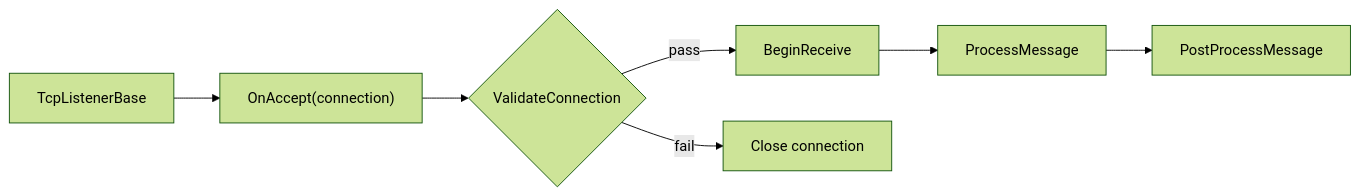
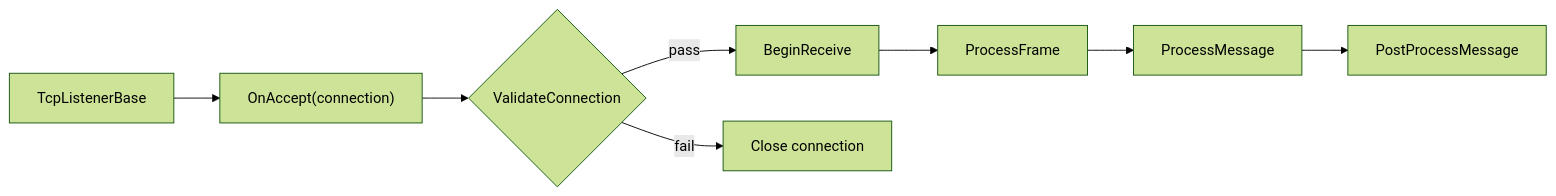
Before and after one commit to ppn-systems/Nalix: the diagram in docs/api/network/protocol.md, drawn with Mermaid (forest theme). The commit also changed other lines of this file and 157 other files, not shown here.

````diff
--- a/docs/api/network/protocol.md
+++ b/docs/api/network/protocol.md
@@ -11,9 +11,10 @@
 ```mermaid
 flowchart LR
     A["TcpListenerBase"] --> B["OnAccept(connection)"]
     B --> C{"ValidateConnection"}
     C -->|pass| D["BeginReceive"]
     C -->|fail| E["Close connection"]
-    D --> F["ProcessMessage"]
-    F --> G["PostProcessMessage"]
+    D --> F["ProcessFrame"]
+    F --> G["ProcessMessage"]
+    G --> H["PostProcessMessage"]
 ```
````
